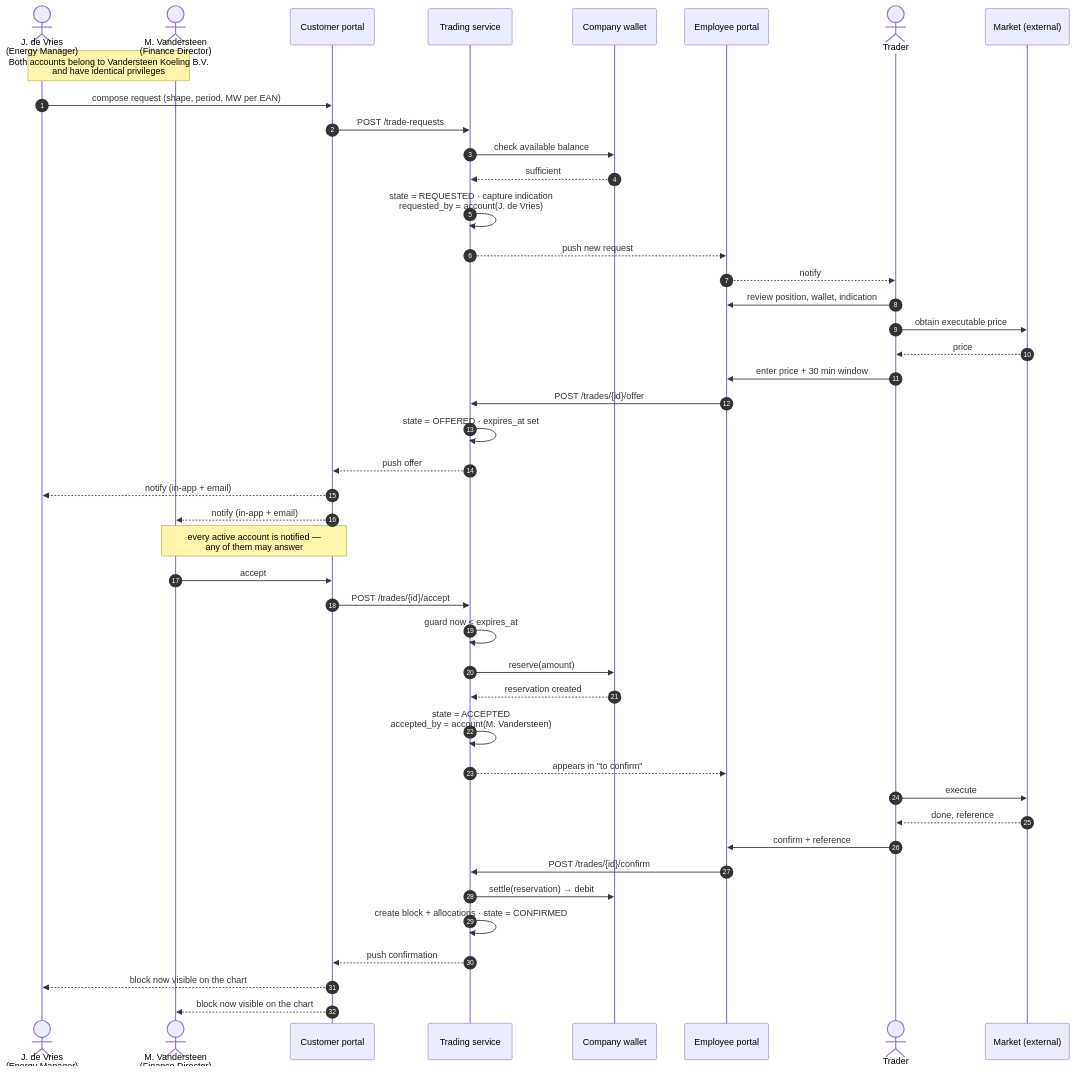
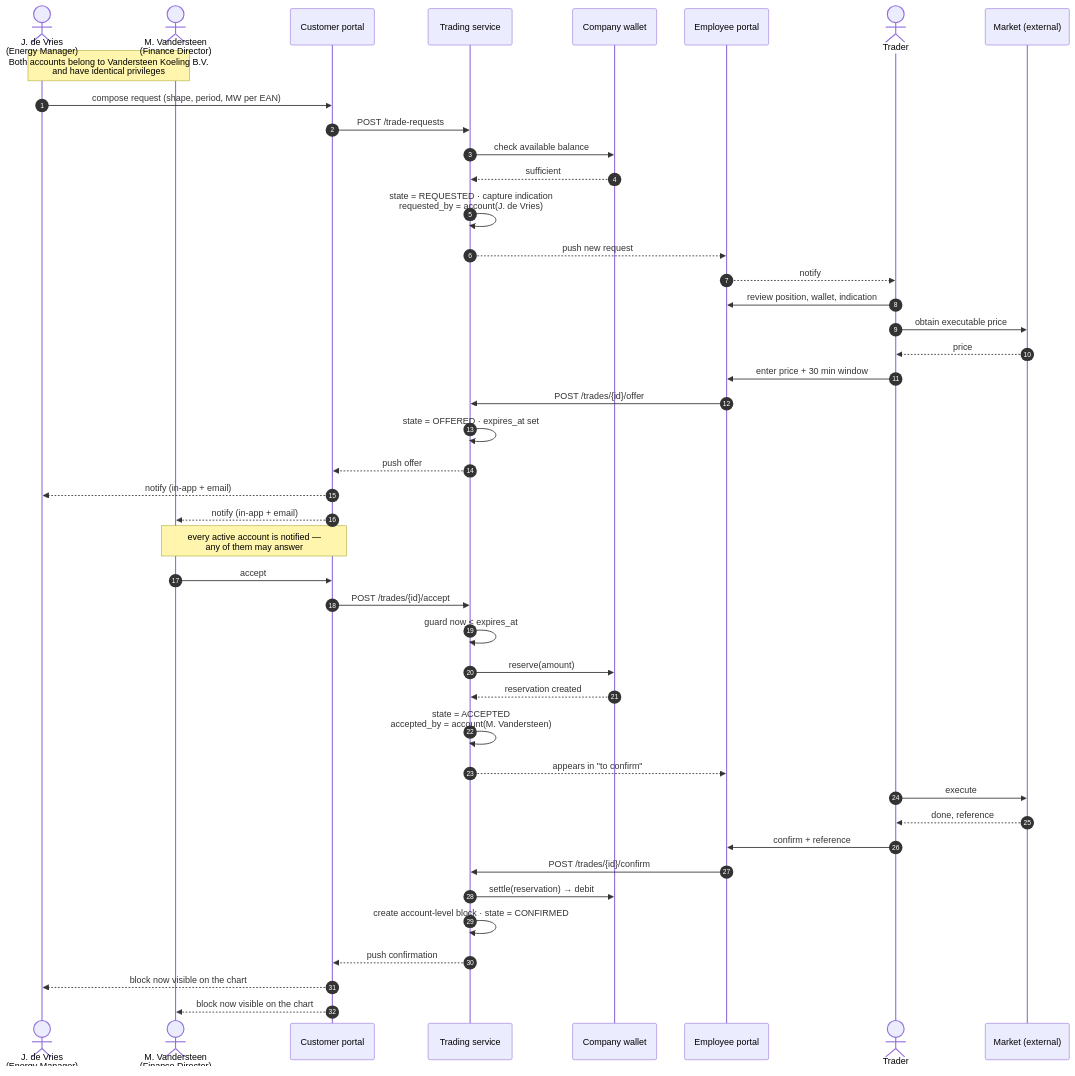
The third of 4 diagrams in specs/10-features/F05-energy-block-trading.md (lukastosic-ifd/peakpowerspecs), drawn with Mermaid before and after one commit. The commit also changed other lines of this file and 4 other files, not shown here.

Commit message:
docs(specs): account-level trading volume, unweighted roster, no block allocations, products read, currentCoverMw [DEC-167]

````diff
--- a/specs/10-features/F05-energy-block-trading.md
+++ b/specs/10-features/F05-energy-block-trading.md
@@ -518,51 +529,51 @@
 ```mermaid
 sequenceDiagram
     autonumber
     actor A as J. de Vries<br/>(Energy Manager)
     actor B as M. Vandersteen<br/>(Finance Director)
     participant CP as Customer portal
     participant API as Trading service
     participant W as Company wallet
     participant EP as Employee portal
     actor T as Trader
     participant MKT as Market (external)
 
     Note over A,B: Both accounts belong to Vandersteen Koeling B.V.<br/>and have identical privileges
 
     A->>CP: compose request (shape, period, MW per EAN)
     CP->>API: POST /trade-requests
     API->>W: check available balance
     W-->>API: sufficient
     API->>API: state = REQUESTED · capture indication<br/>requested_by = account(J. de Vries)
     API-->>EP: push new request
     EP-->>T: notify
 
     T->>EP: review position, wallet, indication
     T->>MKT: obtain executable price
     MKT-->>T: price
     T->>EP: enter price + 30 min window
     EP->>API: POST /trades/{id}/offer
     API->>API: state = OFFERED · expires_at set
     API-->>CP: push offer
     CP-->>A: notify (in-app + email)
     CP-->>B: notify (in-app + email)
     Note over CP,B: every active account is notified —<br/>any of them may answer
 
     B->>CP: accept
     CP->>API: POST /trades/{id}/accept
     API->>API: guard now < expires_at
     API->>W: reserve(amount)
     W-->>API: reservation created
     API->>API: state = ACCEPTED<br/>accepted_by = account(M. Vandersteen)
     API-->>EP: appears in "to confirm"
 
     T->>MKT: execute
     MKT-->>T: done, reference
     T->>EP: confirm + reference
     EP->>API: POST /trades/{id}/confirm
     API->>W: settle(reservation) → debit
-    API->>API: create block + allocations · state = CONFIRMED
+    API->>API: create account-level block · state = CONFIRMED
     API-->>CP: push confirmation
     CP-->>A: block now visible on the chart
     CP-->>B: block now visible on the chart
 ```
````
